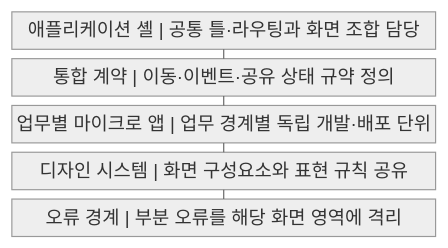
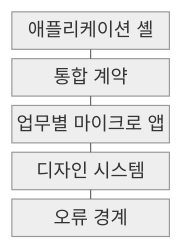
The first of 2 diagrams in src/content/docs/notes/03-software/217_micro_frontend.md (agnusdei1207/knowledge-base), drawn with Mermaid (neutral theme) before and after one commit. The commit also changed other lines of this file and 238 other files, not shown here.

````diff
--- a/src/content/docs/notes/03-software/217_micro_frontend.md
+++ b/src/content/docs/notes/03-software/217_micro_frontend.md
@@ -54,13 +54,13 @@
 ```mermaid
-block
+block-beta
     columns 1
-    A["애플리케이션 셸 | 공통 틀·라우팅과 화면 조합 담당"]
-    B["통합 계약 | 이동·이벤트·공유 상태 규약 정의"]
-    C["업무별 마이크로 앱 | 업무 경계별 독립 개발·배포 단위"]
-    D["디자인 시스템 | 화면 구성요소와 표현 규칙 공유"]
-    E["오류 경계 | 부분 오류를 해당 화면 영역에 격리"]
+    A["애플리케이션 셸"]
+    B["통합 계약"]
+    C["업무별 마이크로 앱"]
+    D["디자인 시스템"]
+    E["오류 경계"]
     A --- B
     B --- C
     C --- D
     D --- E
 ```
````
